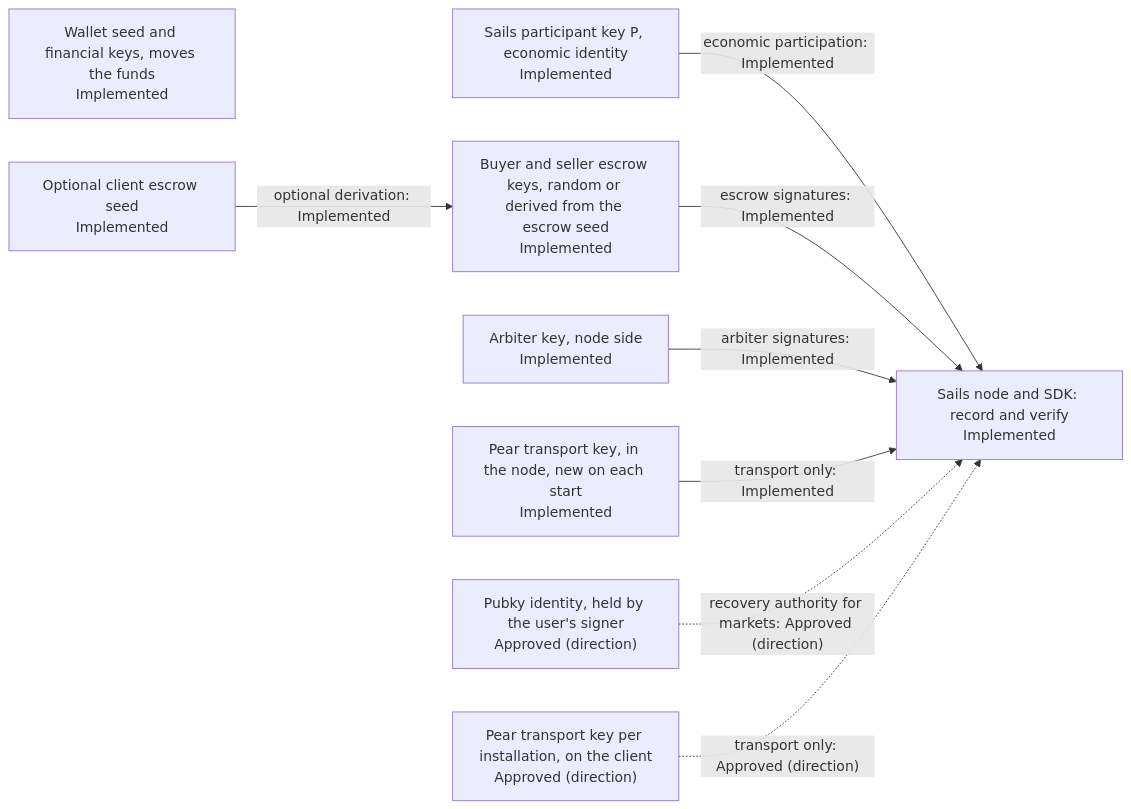
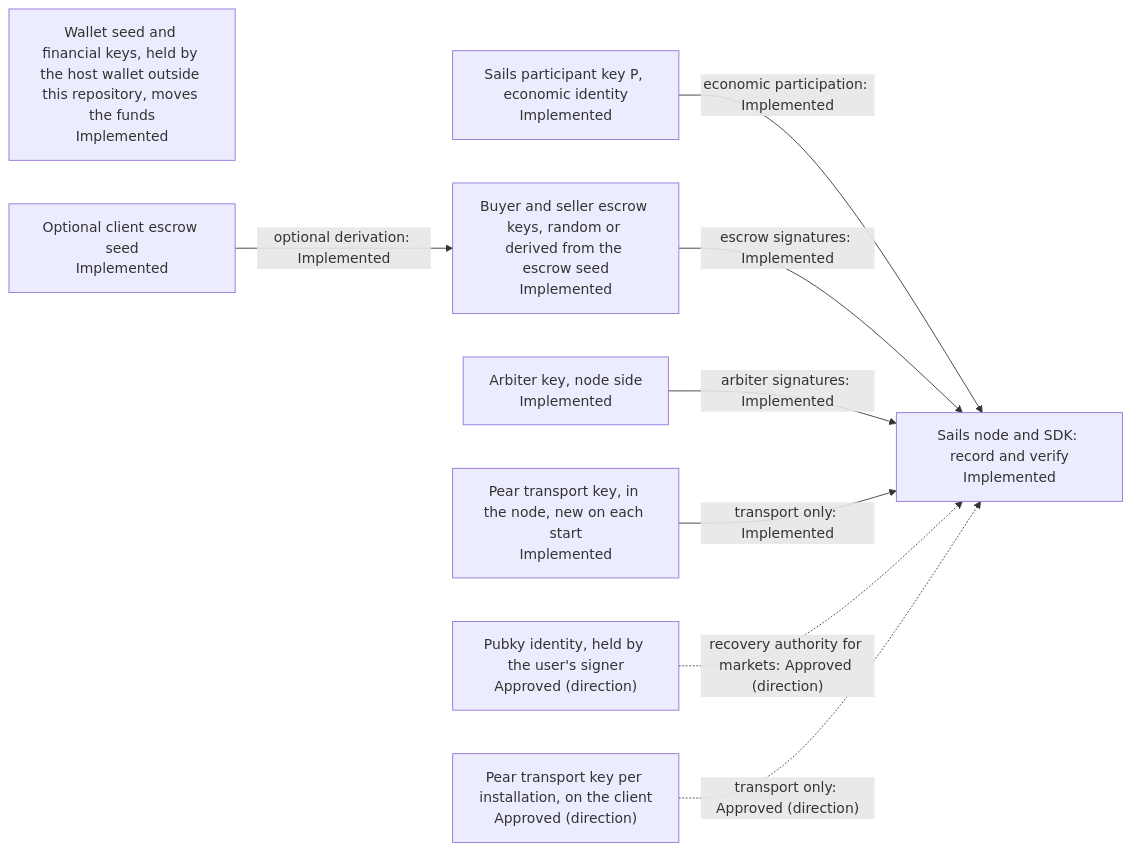
Before and after one commit to sails-protocol/Sails-Protocol: the third of 6 diagrams in docs/SYSTEM_DESIGN.md, drawn with Mermaid. The commit also changed other lines of this file and 3 other files, not shown here.

First line of the commit message:
docs: follow-up wording fixes to the portable identity docs (ADR-008, 14.5 diagrams, Market Spaces README)

````diff
--- a/docs/SYSTEM_DESIGN.md
+++ b/docs/SYSTEM_DESIGN.md
@@ -643,19 +642,19 @@
 ```mermaid
 flowchart LR
-  WDK["Wallet seed and financial keys, moves the funds<br/>Implemented"]
+  WDK["Wallet seed and financial keys, held by the host wallet outside this repository, moves the funds<br/>Implemented"]
   P["Sails participant key P, economic identity<br/>Implemented"]
   ES["Optional client escrow seed<br/>Implemented"]
   EK["Buyer and seller escrow keys, random or derived from the escrow seed<br/>Implemented"]
   AK["Arbiter key, node side<br/>Implemented"]
   PKN["Pear transport key, in the node, new on each start<br/>Implemented"]
   PKI["Pear transport key per installation, on the client<br/>Approved (direction)"]
   PR["Pubky identity, held by the user's signer<br/>Approved (direction)"]
   N["Sails node and SDK: record and verify<br/>Implemented"]
   ES -->|"optional derivation: Implemented"| EK
   P -->|"economic participation: Implemented"| N
   EK -->|"escrow signatures: Implemented"| N
   AK -->|"arbiter signatures: Implemented"| N
   PKN -->|"transport only: Implemented"| N
   PR -.->|"recovery authority for markets: Approved (direction)"| N
   PKI -.->|"transport only: Approved (direction)"| N
 ```
````
